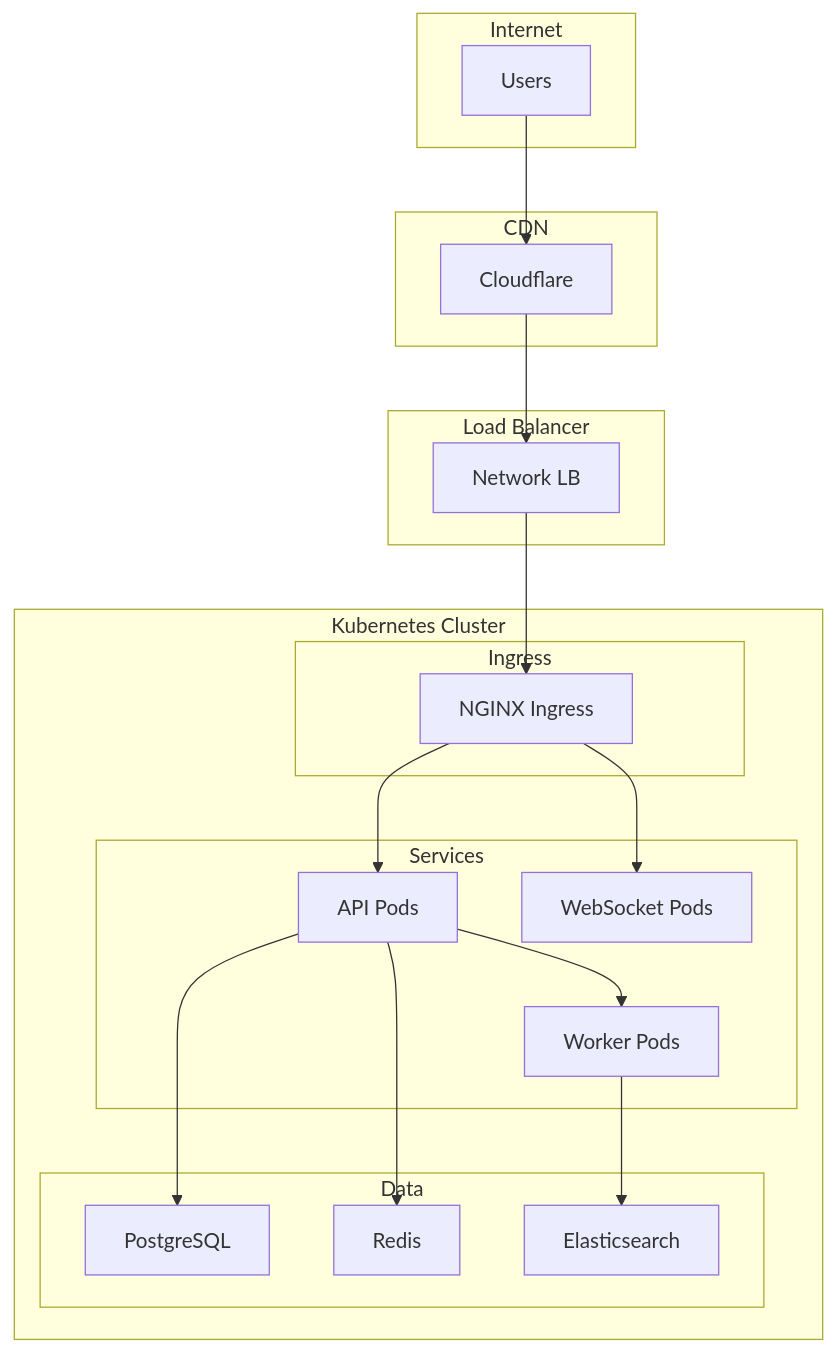
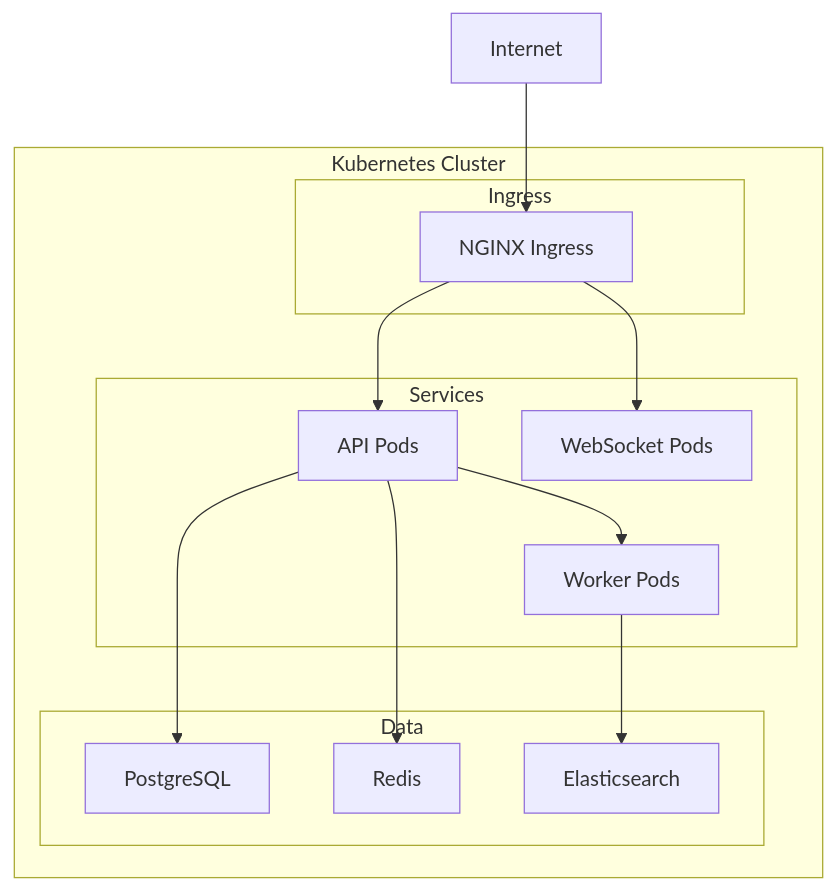
Before and after one commit to anderson-ufrj/cidadao.ai-technical-docs: the sixth of 6 diagrams in docs/architecture/system-design.md, drawn with Mermaid. The commit also changed other lines of this file, not shown here.

First line of the commit message:
docs(architecture): update system design for Railway deployment

````diff
--- a/docs/architecture/system-design.md
+++ b/docs/architecture/system-design.md
@@ -522,42 +659,28 @@
 ```mermaid
 graph TB
-    subgraph "Internet"
-        Users[Users]
-    end
-    
-    subgraph "CDN"
-        CF[Cloudflare]
-    end
-    
-    subgraph "Load Balancer"
-        NLB[Network LB]
-    end
-    
     subgraph "Kubernetes Cluster"
         subgraph "Ingress"
             NG[NGINX Ingress]
         end
-        
+
         subgraph "Services"
             API[API Pods]
             WS[WebSocket Pods]
             WK[Worker Pods]
         end
-        
+
         subgraph "Data"
             PG[PostgreSQL]
             RD[Redis]
             ES[Elasticsearch]
         end
     end
-    
-    Users --> CF
-    CF --> NLB
-    NLB --> NG
+
+    Internet[Internet] --> NG
     NG --> API
     NG --> WS
     API --> WK
     API --> PG
     API --> RD
     WK --> ES
 ```
````
